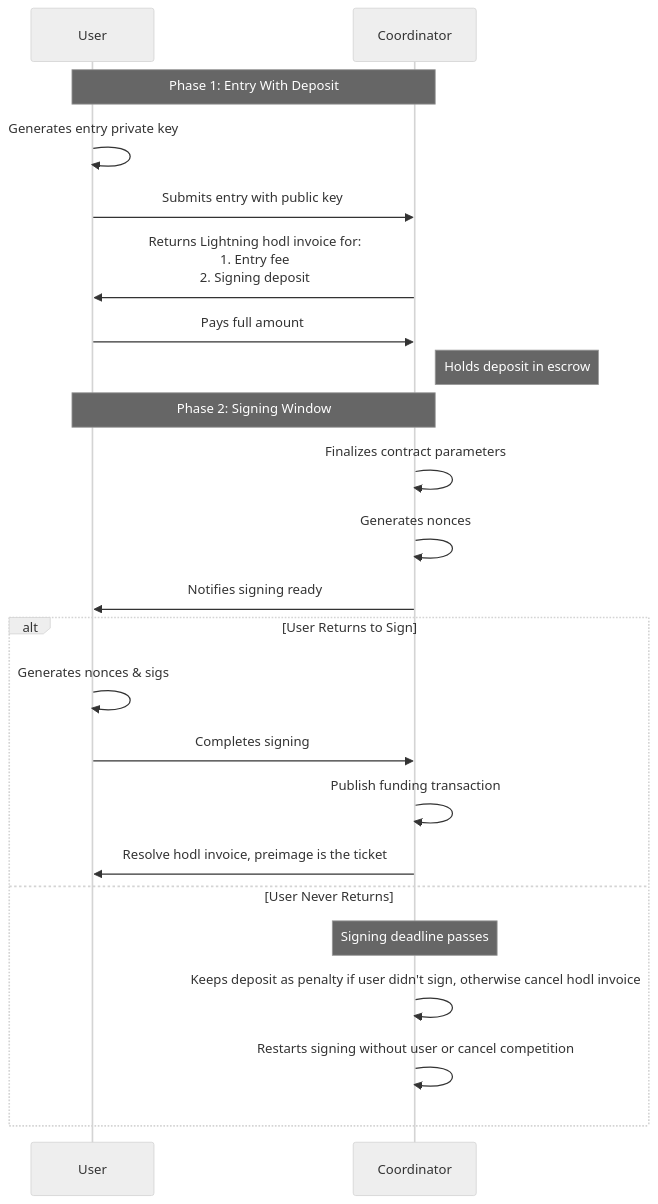
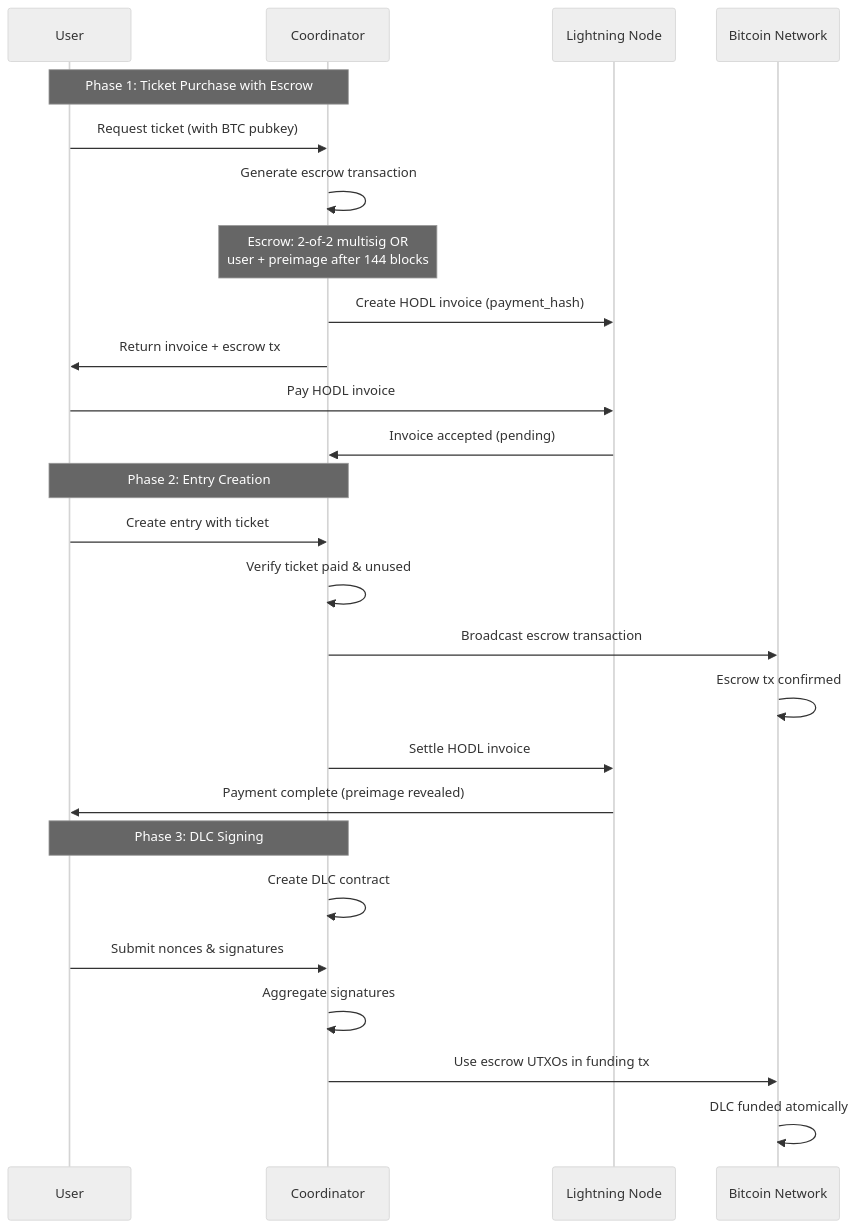
The first of 3 diagrams in README.md (5day4cast/coordinator), drawn with Mermaid (neutral theme) before and after one commit. The commit also changed other lines of this file and 31 other files, not shown here.

````diff
--- a/README.md
+++ b/README.md
@@ -33,28 +82,31 @@
 ```mermaid
 sequenceDiagram
     participant U as User
     participant C as Coordinator
+    participant L as Lightning Node
+    participant B as Bitcoin Network
 
-    Note over U,C: Phase 1: Entry With Deposit
-    U->>U: Generates entry private key
-    U->>C: Submits entry with public key
-    C->>U: Returns Lightning hodl invoice for:<br/>1. Entry fee<br/>2. Signing deposit
-    U->>C: Pays full amount
-    Note right of C: Holds deposit in escrow
+    Note over U,C: Phase 1: Ticket Purchase with Escrow
+    U->>C: Request ticket (with BTC pubkey)
+    C->>C: Generate escrow transaction
+    Note over C: Escrow: 2-of-2 multisig OR<br/>user + preimage after 144 blocks
+    C->>L: Create HODL invoice (payment_hash)
+    C->>U: Return invoice + escrow tx
+    U->>L: Pay HODL invoice
+    L->>C: Invoice accepted (pending)
 
-    Note over U,C: Phase 2: Signing Window
-    C->>C: Finalizes contract parameters
-    C->>C: Generates nonces
-    C->>U: Notifies signing ready
+    Note over U,C: Phase 2: Entry Creation
+    U->>C: Create entry with ticket
+    C->>C: Verify ticket paid & unused
+    C->>B: Broadcast escrow transaction
+    B->>B: Escrow tx confirmed
+    C->>L: Settle HODL invoice
+    L->>U: Payment complete (preimage revealed)
 
-    alt User Returns to Sign
-        U->>U: Generates nonces & sigs
-        U->>C: Completes signing
-        C->>C: Publish funding transaction
-        C->>U: Resolve hodl invoice, preimage is the ticket
-    else User Never Returns
-        Note over C: Signing deadline passes
-        C->>C: Keeps deposit as penalty if user didn't sign, otherwise cancel hodl invoice
-        C->>C: Restarts signing without user or cancel competition
-    end
+    Note over U,C: Phase 3: DLC Signing
+    C->>C: Create DLC contract
+    U->>C: Submit nonces & signatures
+    C->>C: Aggregate signatures
+    C->>B: Use escrow UTXOs in funding tx
+    B->>B: DLC funded atomically
 ```
````
